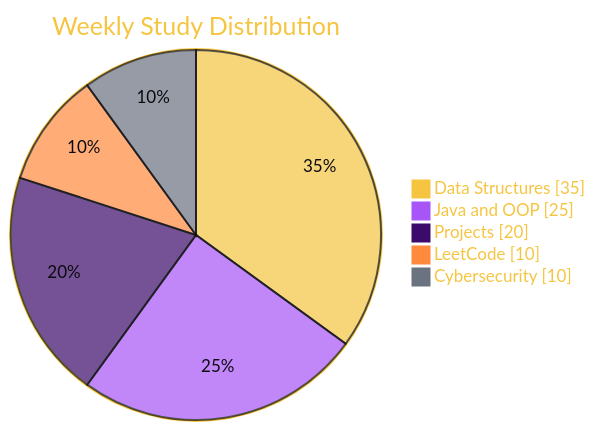
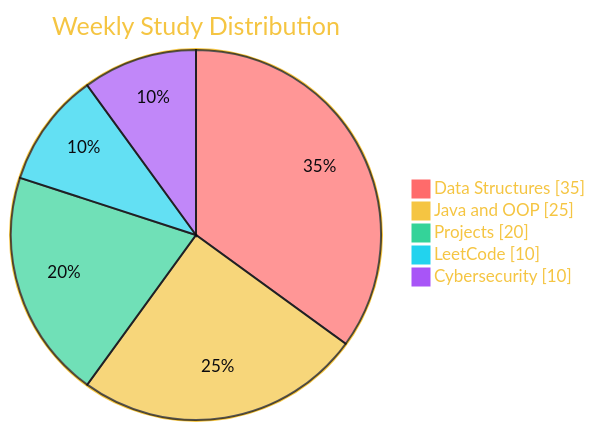
Before and after one commit to ShorifUddin64/ShorifUddin64: the third of 3 diagrams in README.md, drawn with Mermaid. The commit also changed other lines of this file, not shown here.

````diff
--- a/README.md
+++ b/README.md
@@ -255,10 +287,10 @@
 ```mermaid
-%%{init: {'theme':'base','themeVariables':{'pie1':'#F5C542','pie2':'#A855F7','pie3':'#3B0A6B','pie4':'#FF8A3D','pie5':'#6B7280','pieTitleTextColor':'#F5C542','pieSectionTextColor':'#0B0B0F','pieLegendTextColor':'#F5C542','pieStrokeColor':'#0B0B0F','pieOuterStrokeColor':'#F5C542'}}}%%
+%%{init: {'theme':'base','themeVariables':{'pie1':'#FF6B6B','pie2':'#F5C542','pie3':'#34D399','pie4':'#22D3EE','pie5':'#A855F7','pieTitleTextColor':'#F5C542','pieSectionTextColor':'#0B0B0F','pieLegendTextColor':'#F5C542','pieStrokeColor':'#0B0B0F','pieOuterStrokeColor':'#F5C542'}}}%%
 pie showData
     title Weekly Study Distribution
     "Data Structures" : 35
     "Java and OOP" : 25
     "Projects" : 20
     "LeetCode" : 10
     "Cybersecurity" : 10
 ```
````
